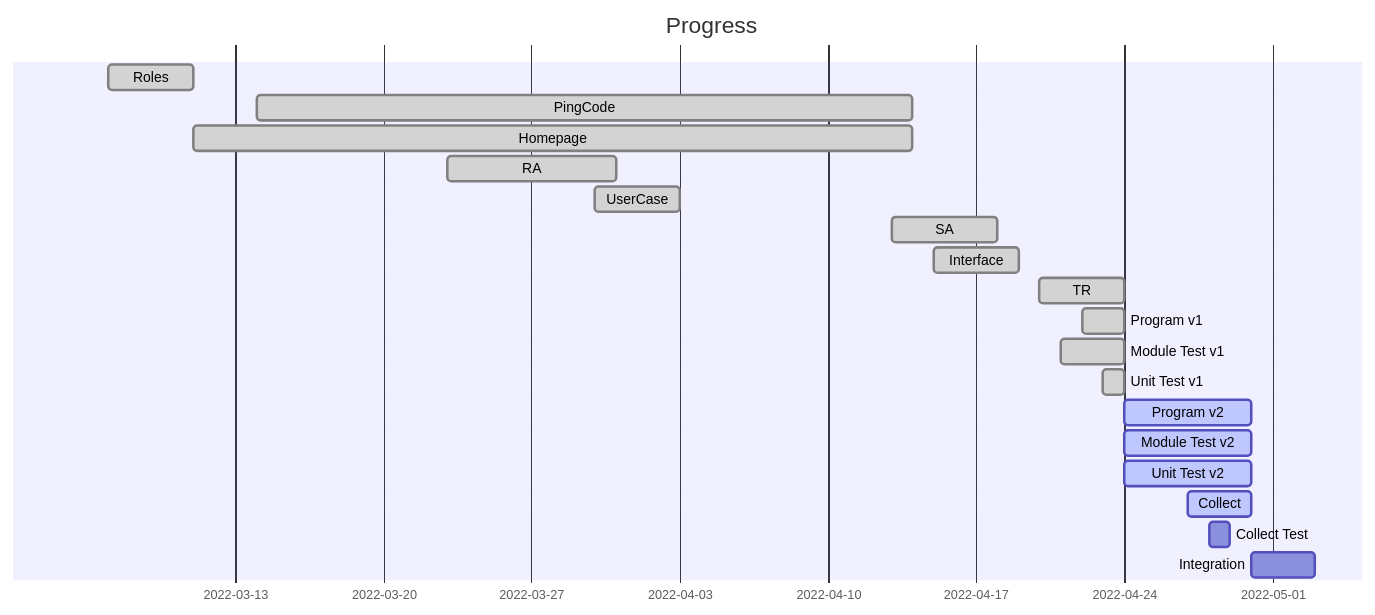
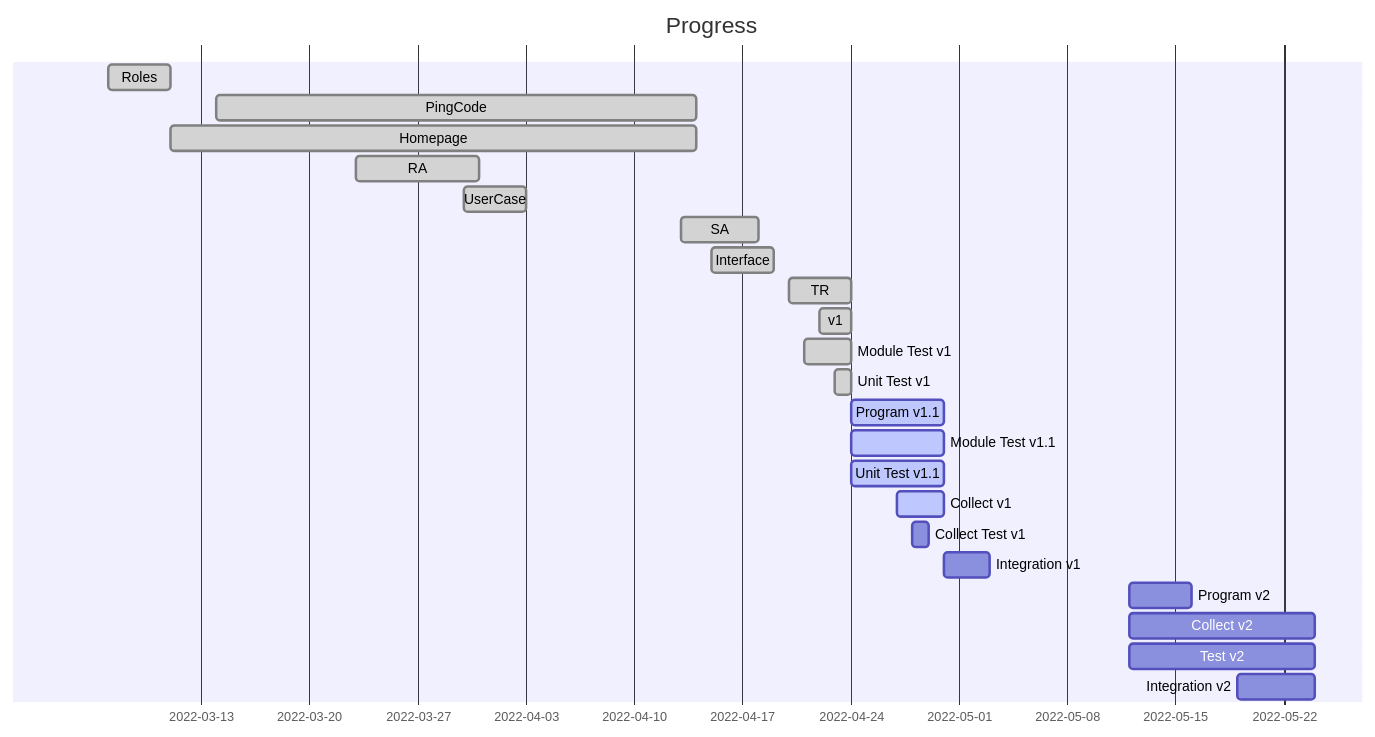
One commit to dsd-db/main changed the first of 2 diagrams in README.md. Above: the diagram before and after it, drawn with Mermaid. The commit also changed 14 other files, not shown here.

````diff
--- a/README.md
+++ b/README.md
@@ -3,23 +3,27 @@
 ```mermaid
 gantt
 dateFormat YYYYMMDD
 title Progress
 
 Roles:              done,   des01,  20220307,   20220311
 PingCode:           done,   des02,  20220314,   20220414
 Homepage:           done,   des03,  after des01,20220414
 RA:                 done,   des05,  20220323,   20220331
 UserCase:           done,   des06,  20220330,   20220403
 SA:                 done,   des07,  20220413,   20220418
 Interface:          done,   des08,  20220415,   20220419
 TR:                 done,   des10,  20220420,   20220424
-Program v1:         done,   des11,  20220422,   20220424
+ v1:         done,   des11,  20220422,   20220424
 Module Test v1:     done,   des12,  20220421,   20220424
 Unit Test v1:       done,   des13,  20220423,   20220424
-Program v2:         active, des14,  after des11,20220430
-Module Test v2:     active, des15,  after des12,20220430
-Unit Test v2:       active, des16,  after des13,20220430
-Collect:            active, des18,  20220427,   20220430
-Collect Test:               des19,  20220428,   20220429
-Integration:                des20,  after des14,20220503
+Program v1.1:       active, des14,  after des11,20220430
+Module Test v1.1:     active, des15,  after des12,20220430
+Unit Test v1.1:       active, des16,  after des13,20220430
+Collect v1:            active, des18,  20220427,   20220430
+Collect Test v1:               des19,  20220428,   20220429
+Integration v1:                des20,  after des14,20220503
+Program v2:                    des21,  20220512,20220516
+Collect v2:                des20,  20220512,20220524
+Test v2:                des20,  20220512,20220524
+Integration v2:                des20,  20220519,20220524
 ```
````
